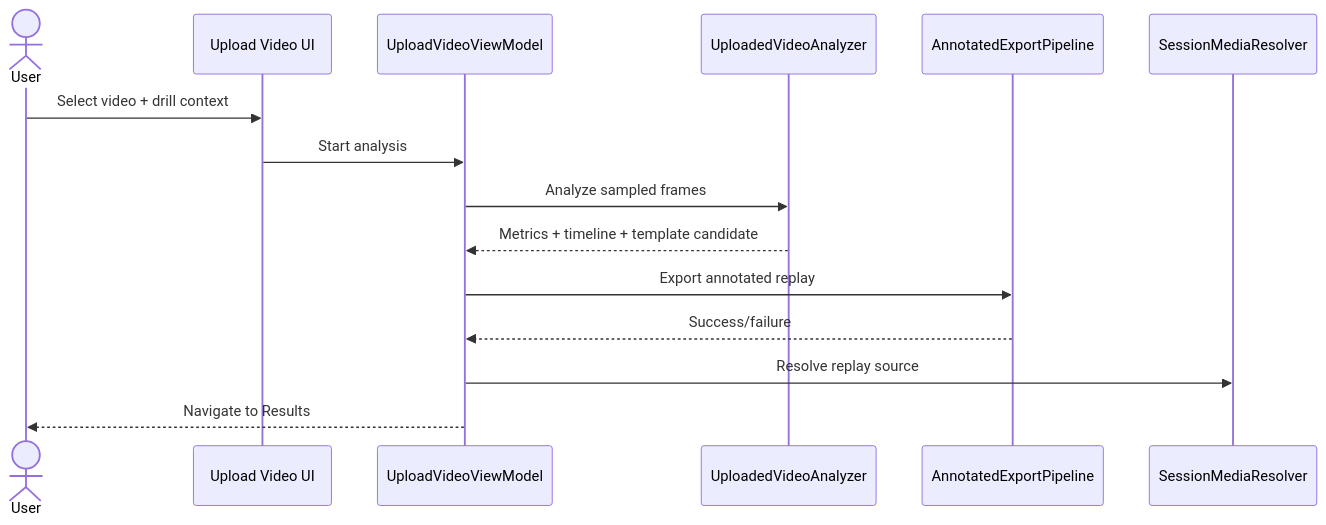
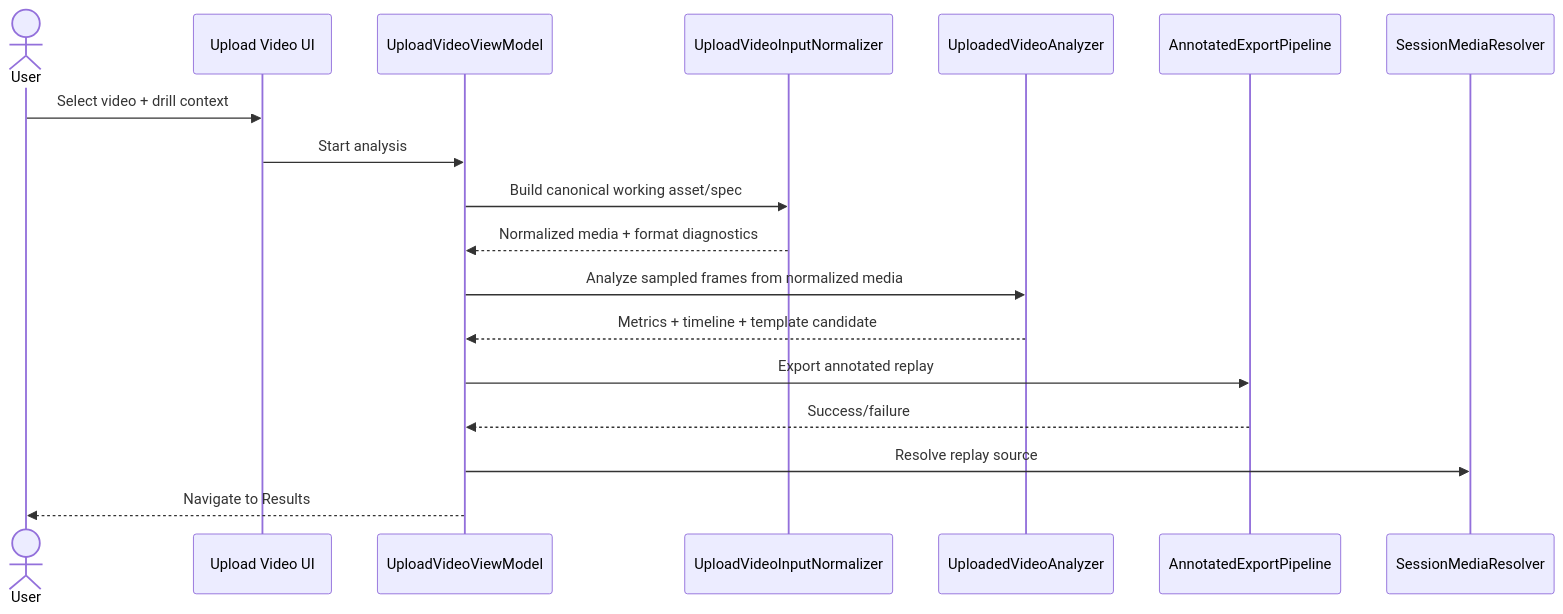
Before and after one commit to Voycepeh/CaliVision: the fourth of 4 diagrams in README.md, drawn with Mermaid. The commit also changed 8 other files, not shown here.

Commit message:
Harden uploaded video ingest with canonical normalization stage

````diff
--- a/README.md
+++ b/README.md
@@ -91,18 +91,21 @@
 ```mermaid
 sequenceDiagram
     actor User
     participant Upload as Upload Video UI
     participant VM as UploadVideoViewModel
+    participant Normalize as UploadVideoInputNormalizer
     participant Analyzer as UploadedVideoAnalyzer
     participant Export as AnnotatedExportPipeline
     participant Resolver as SessionMediaResolver
 
     User->>Upload: Select video + drill context
     Upload->>VM: Start analysis
-    VM->>Analyzer: Analyze sampled frames
+    VM->>Normalize: Build canonical working asset/spec
+    Normalize-->>VM: Normalized media + format diagnostics
+    VM->>Analyzer: Analyze sampled frames from normalized media
     Analyzer-->>VM: Metrics + timeline + template candidate
     VM->>Export: Export annotated replay
     Export-->>VM: Success/failure
     VM->>Resolver: Resolve replay source
     VM-->>User: Navigate to Results
 ```
````
